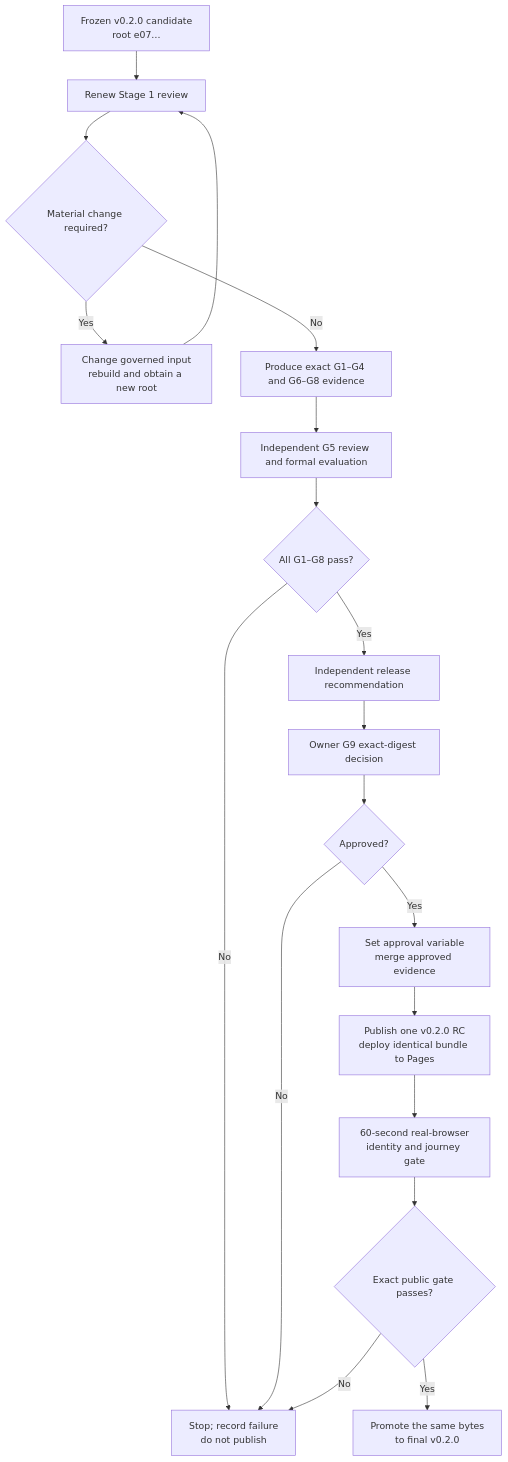
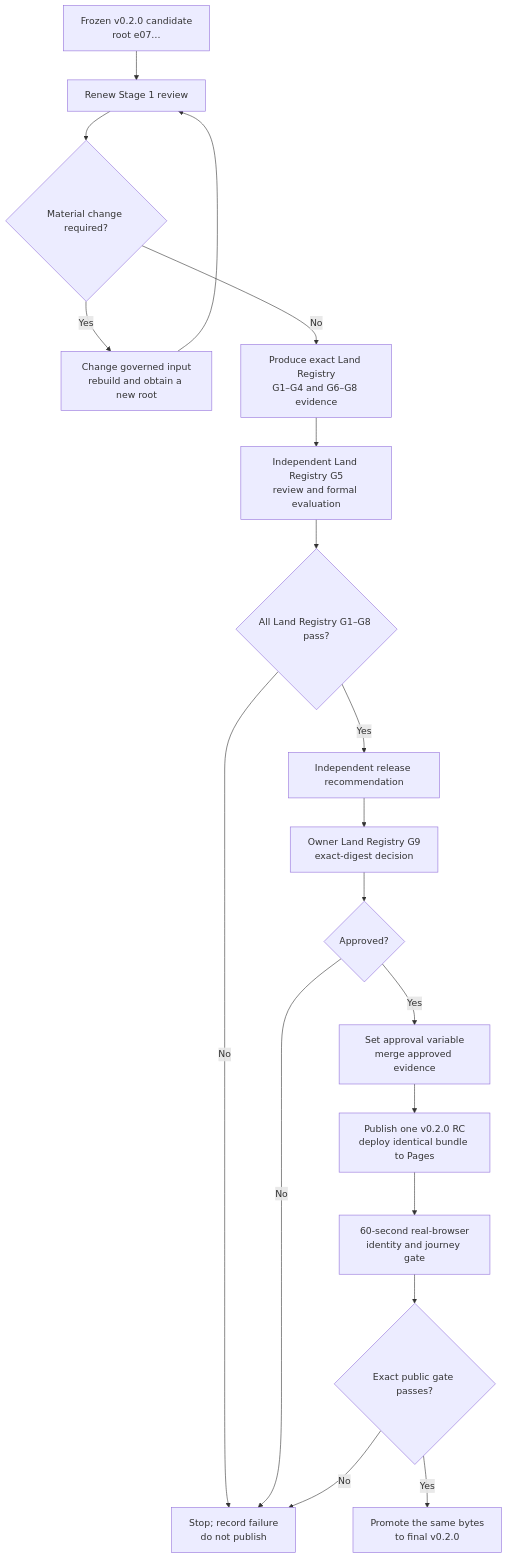
Before and after one commit to chris-page-gov/okf-LandRegistry: the diagram in docs/v0.2.0-release-tracker-and-publication-guide.md, drawn with Mermaid. The commit also changed other lines of this file and 2 other files, not shown here.

Commit message:
Clarify Land Registry release gate catalogue

````diff
--- a/docs/v0.2.0-release-tracker-and-publication-guide.md
+++ b/docs/v0.2.0-release-tracker-and-publication-guide.md
@@ -413,21 +454,21 @@
 ```mermaid
 flowchart TD
     A["Frozen v0.2.0 candidate<br/>root e07…"] --> B["Renew Stage 1 review"]
     B --> C{"Material change required?"}
     C -- "Yes" --> D["Change governed input<br/>rebuild and obtain a new root"]
     D --> B
-    C -- "No" --> E["Produce exact G1–G4 and G6–G8 evidence"]
-    E --> F["Independent G5 review and formal evaluation"]
-    F --> G{"All G1–G8 pass?"}
+    C -- "No" --> E["Produce exact Land Registry<br/>G1–G4 and G6–G8 evidence"]
+    E --> F["Independent Land Registry G5<br/>review and formal evaluation"]
+    F --> G{"All Land Registry G1–G8 pass?"}
     G -- "No" --> H["Stop; record failure<br/>do not publish"]
     G -- "Yes" --> I["Independent release recommendation"]
-    I --> J["Owner G9 exact-digest decision"]
+    I --> J["Owner Land Registry G9<br/>exact-digest decision"]
     J --> K{"Approved?"}
     K -- "No" --> H
     K -- "Yes" --> L["Set approval variable<br/>merge approved evidence"]
     L --> M["Publish one v0.2.0 RC<br/>deploy identical bundle to Pages"]
     M --> N["60-second real-browser<br/>identity and journey gate"]
     N --> O{"Exact public gate passes?"}
     O -- "No" --> H
     O -- "Yes" --> P["Promote the same bytes<br/>to final v0.2.0"]
 ```
````
